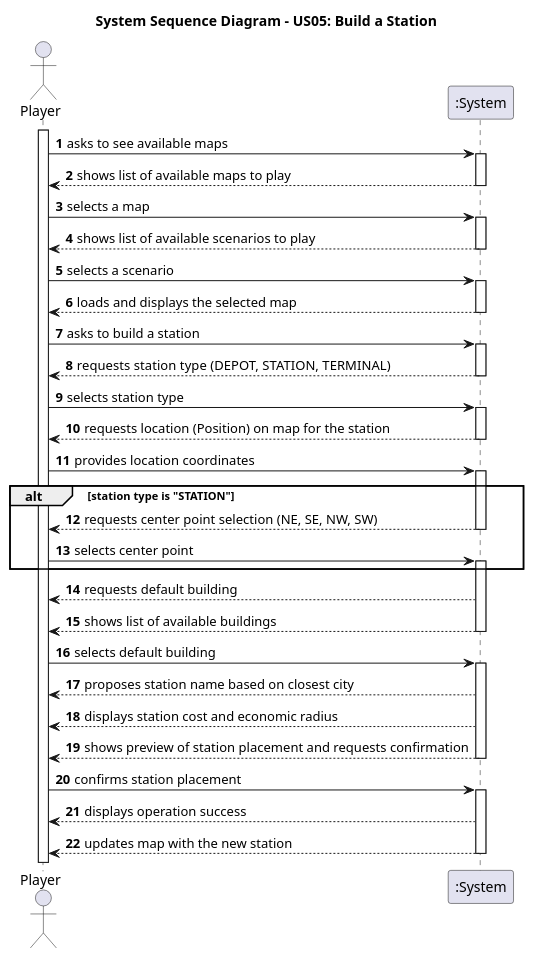
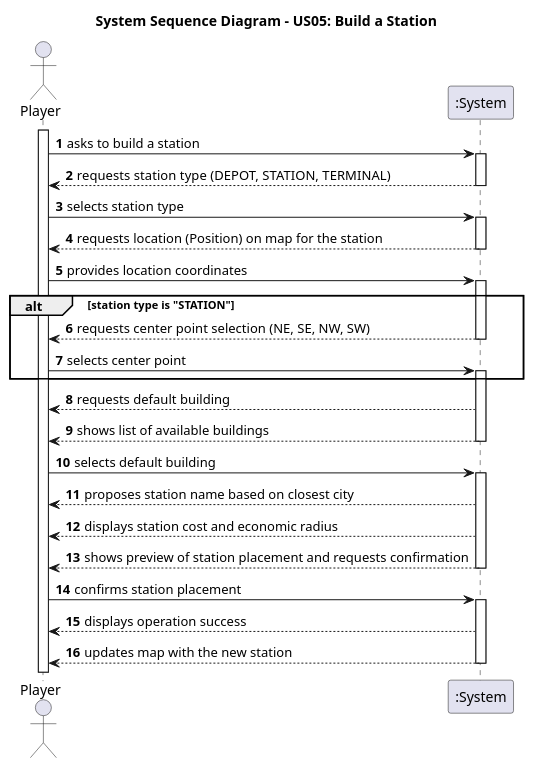
The diagram in docs/system-documentation/Sprint 3/US05/01.requirements-engineering/puml/US05-SSD.puml (HenriqueSilva18/Railway-Network-Simulator), drawn with PlantUML before and after one commit. The commit also changed 22 other files, not shown here.

```diff
--- a/docs/system-documentation/Sprint 3/US05/01.requirements-engineering/puml/US05-SSD.puml
+++ b/docs/system-documentation/Sprint 3/US05/01.requirements-engineering/puml/US05-SSD.puml
@@ -1,66 +1,53 @@
 @startuml
 autonumber
 
 title "System Sequence Diagram - US05: Build a Station"
 
 
 actor "Player" as Player
 participant ":System" as System
 
 activate Player
-Player -> System: asks to see available maps
-activate System
-System --> Player: shows list of available maps to play
-deactivate System
-Player -> System: selects a map
-activate System
-System --> Player: shows list of available scenarios to play
-deactivate System
-Player -> System : selects a scenario
-activate System
-
-System --> Player: loads and displays the selected map
-deactivate System
 
 Player -> System: asks to build a station
 
 activate System
 System --> Player: requests station type (DEPOT, STATION, TERMINAL)
 deactivate System
 
 Player -> System: selects station type
 
 activate System
 System --> Player: requests location (Position) on map for the station
 deactivate System
 
 Player -> System: provides location coordinates
 
 activate System
 alt station type is "STATION"
     System --> Player: requests center point selection (NE, SE, NW, SW)
     deactivate System
 
     Player -> System: selects center point
     activate System
 end
 System --> Player: requests default building
 System --> Player: shows list of available buildings
 deactivate System
 
 Player -> System: selects default building
 activate System
 
 System --> Player: proposes station name based on closest city
 System --> Player: displays station cost and economic radius
 System --> Player: shows preview of station placement and requests confirmation
 deactivate System
 
 Player -> System: confirms station placement
 
 activate System
 System --> Player: displays operation success
 System --> Player: updates map with the new station
 deactivate System
 
 @enduml
```
